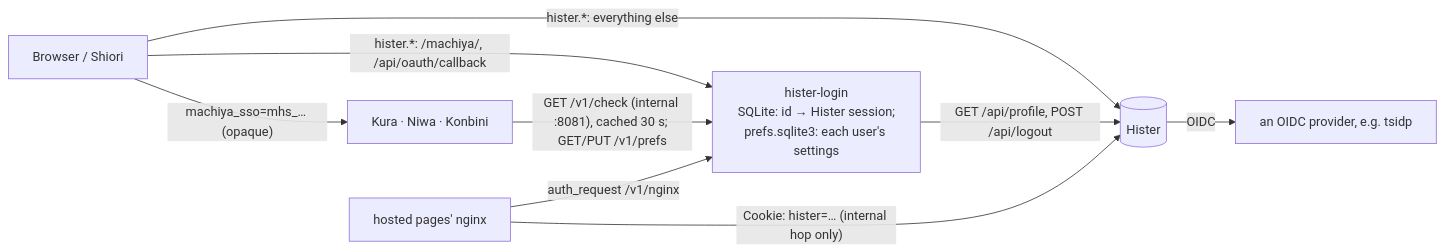
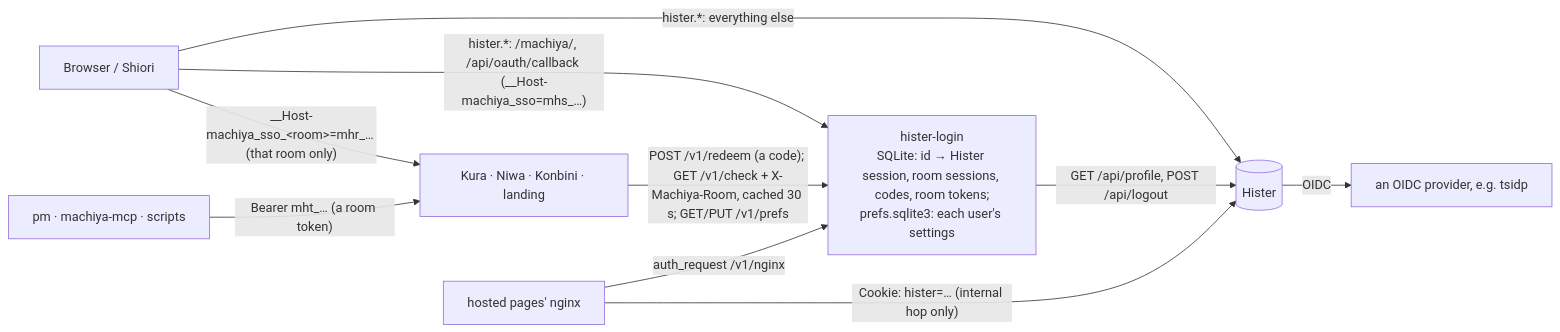
The diagram in docs/services/hister-login.md (machiya-kobo/machiya), drawn with Mermaid before and after one commit. The commit also changed other lines of this file and 8 other files, not shown here.

First line of the commit message:
machiya: docs: one cookie per room, room tokens and the move (identity.md); hister-login, contracts, mcp, architecture

````diff
--- a/docs/services/hister-login.md
+++ b/docs/services/hister-login.md
@@ -9,11 +9,12 @@
 ```mermaid
 flowchart LR
-  B[Browser / Shiori] -->|"machiya_sso=mhs_… (opaque)"| R[Kura · Niwa · Konbini]
-  B -->|"hister.*: /machiya/, /api/oauth/callback"| L[hister-login<br/>SQLite: id → Hister session;<br/>prefs.sqlite3: each user's settings]
+  B[Browser / Shiori] -->|"__Host-machiya_sso_&lt;room&gt;=mhr_… (that room only)"| R[Kura · Niwa · Konbini · landing]
+  B -->|"hister.*: /machiya/, /api/oauth/callback (__Host-machiya_sso=mhs_…)"| L[hister-login<br/>SQLite: id → Hister session, room sessions, codes, room tokens;<br/>prefs.sqlite3: each user's settings]
   B -->|"hister.*: everything else"| H[(Hister)]
-  R -->|"GET /v1/check (internal :8081), cached 30 s; GET/PUT /v1/prefs"| L
+  R -->|"POST /v1/redeem (a code); GET /v1/check + X-Machiya-Room, cached 30 s; GET/PUT /v1/prefs"| L
+  A[pm · machiya-mcp · scripts] -->|"Bearer mht_… (a room token)"| R
   L -->|"GET /api/profile, POST /api/logout"| H
   P[hosted pages' nginx] -->|"auth_request /v1/nginx"| L
   P -->|"Cookie: hister=… (internal hop only)"| H
   H -->|OIDC| I[an OIDC provider, e.g. tsidp]
 ```
````
